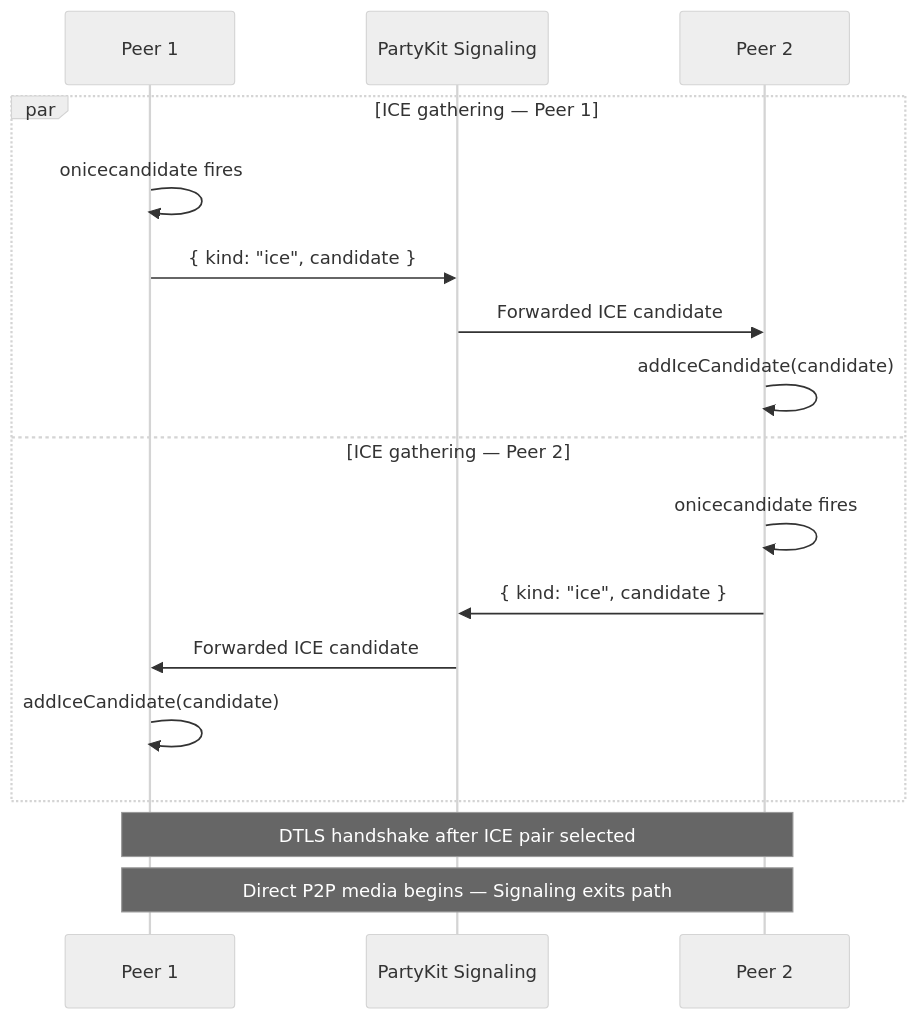
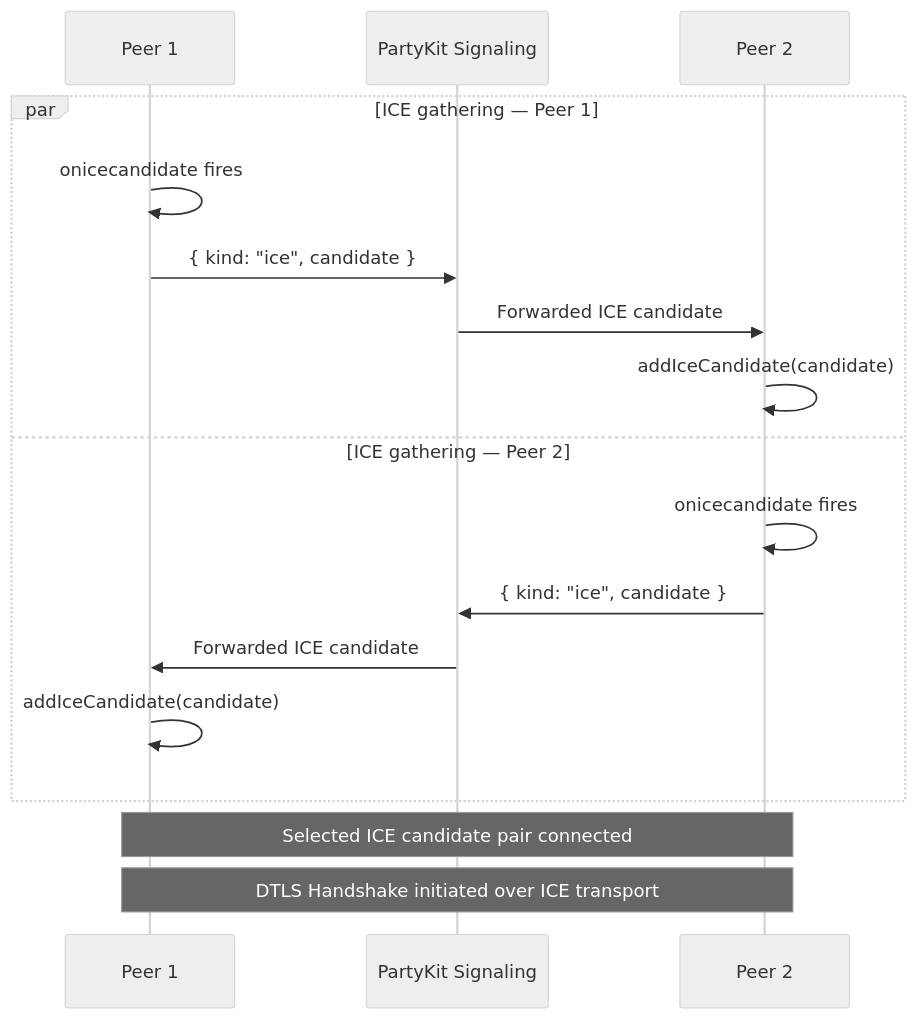
The second of 5 diagrams in docs/WEBRTC_MESH_ARCHITECTURE.md (SatyamPandey-07/WorkSphere), drawn with Mermaid (neutral theme) before and after one commit. The commit also changed other lines of this file, not shown here.

Commit message:
docs: document DTLS handshake flow and SecureTunnel architecture

````diff
--- a/docs/WEBRTC_MESH_ARCHITECTURE.md
+++ b/docs/WEBRTC_MESH_ARCHITECTURE.md
@@ -44,21 +45,21 @@
 ```mermaid
 sequenceDiagram
     participant P1 as Peer 1
     participant Sig as PartyKit Signaling
     participant P2 as Peer 2
 
     par ICE gathering — Peer 1
         P1->>P1: onicecandidate fires
         P1->>Sig: { kind: "ice", candidate }
         Sig->>P2: Forwarded ICE candidate
         P2->>P2: addIceCandidate(candidate)
     and ICE gathering — Peer 2
         P2->>P2: onicecandidate fires
         P2->>Sig: { kind: "ice", candidate }
         Sig->>P1: Forwarded ICE candidate
         P1->>P1: addIceCandidate(candidate)
     end
 
-    Note over P1,P2: DTLS handshake after ICE pair selected
-    Note over P1,P2: Direct P2P media begins — Signaling exits path
+    Note over P1,P2: Selected ICE candidate pair connected
+    Note over P1,P2: DTLS Handshake initiated over ICE transport
 ```
````
